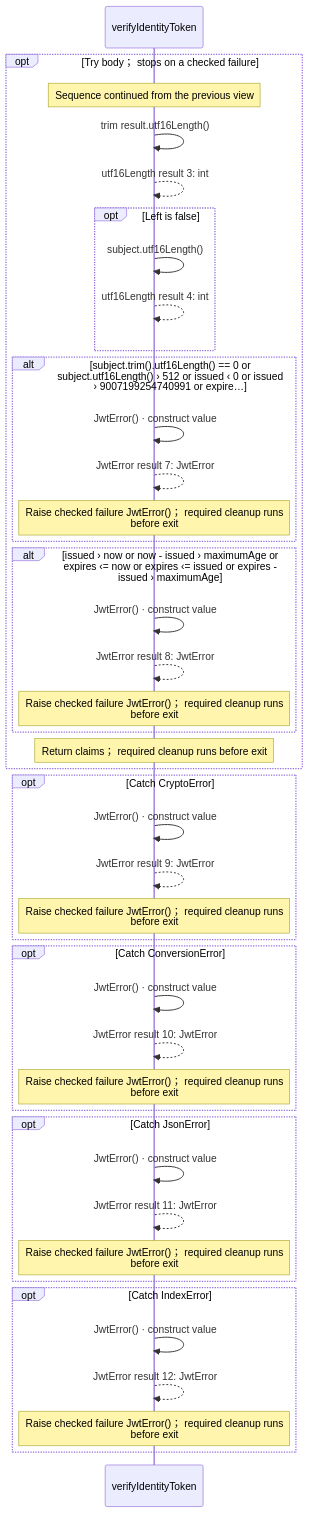
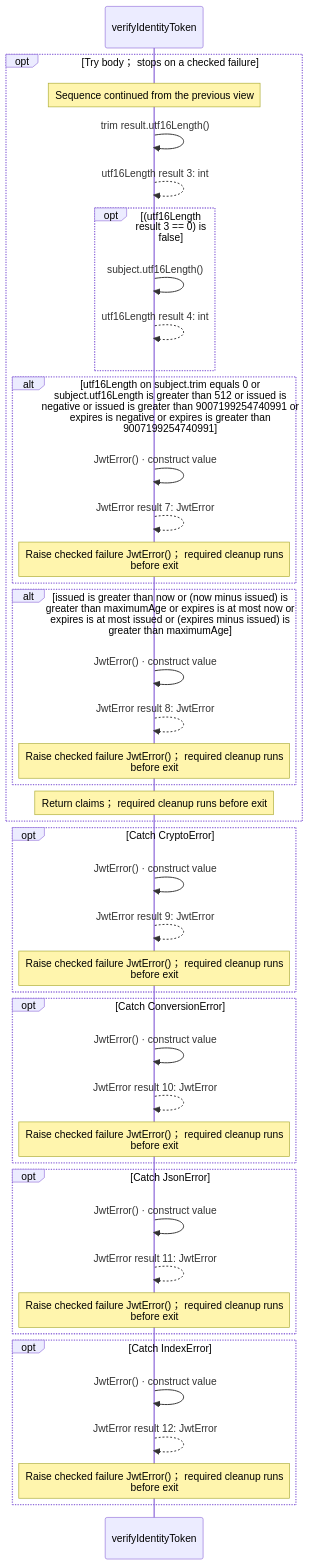
Before and after one commit to GreenPandaStudios/augscript: diagram 18 of 20 in src/stdlib/crypto/jose.aug.diagrams.md, drawn with Mermaid. The commit also changed other lines of this file and 658 other files, not shown here.

````diff
--- a/src/stdlib/crypto/jose.aug.diagrams.md
+++ b/src/stdlib/crypto/jose.aug.diagrams.md
@@ -508,45 +552,45 @@
 ```mermaid
 sequenceDiagram
     participant p0 as verifyIdentityToken
 
     opt Try body； stops on a checked failure
     Note over p0: Sequence continued from the previous view
     p0->>p0: trim result.utf16Length()
     p0-->>p0: utf16Length result 3: int
-    opt Left is false
+    opt (utf16Length result 3 == 0) is false
     p0->>p0: subject.utf16Length()
     p0-->>p0: utf16Length result 4: int
     end
-    alt subject.trim().utf16Length() == 0 or subject.utf16Length() › 512 or issued ‹ 0 or issued › 9007199254740991 or expire…
+    alt utf16Length on subject.trim equals 0 or<br/>subject.utf16Length is greater than 512 or issued is<br/>negative or issued is greater than 9007199254740991 or<br/>expires is negative or expires is greater than<br/>9007199254740991
     p0->>p0: JwtError() · construct value
     p0-->>p0: JwtError result 7: JwtError
     Note over p0: Raise checked failure JwtError()； required cleanup runs<br/>before exit
     end
-    alt issued › now or now - issued › maximumAge or expires ‹= now or expires ‹= issued or expires - issued › maximumAge
+    alt issued is greater than now or (now minus issued) is<br/>greater than maximumAge or expires is at most now or<br/>expires is at most issued or (expires minus issued) is<br/>greater than maximumAge
     p0->>p0: JwtError() · construct value
     p0-->>p0: JwtError result 8: JwtError
     Note over p0: Raise checked failure JwtError()； required cleanup runs<br/>before exit
     end
     Note over p0: Return claims； required cleanup runs before exit
     end
     opt Catch CryptoError
     p0->>p0: JwtError() · construct value
     p0-->>p0: JwtError result 9: JwtError
     Note over p0: Raise checked failure JwtError()； required cleanup runs<br/>before exit
     end
     opt Catch ConversionError
     p0->>p0: JwtError() · construct value
     p0-->>p0: JwtError result 10: JwtError
     Note over p0: Raise checked failure JwtError()； required cleanup runs<br/>before exit
     end
     opt Catch JsonError
     p0->>p0: JwtError() · construct value
     p0-->>p0: JwtError result 11: JwtError
     Note over p0: Raise checked failure JwtError()； required cleanup runs<br/>before exit
     end
     opt Catch IndexError
     p0->>p0: JwtError() · construct value
     p0-->>p0: JwtError result 12: JwtError
     Note over p0: Raise checked failure JwtError()； required cleanup runs<br/>before exit
     end
 ```
````
